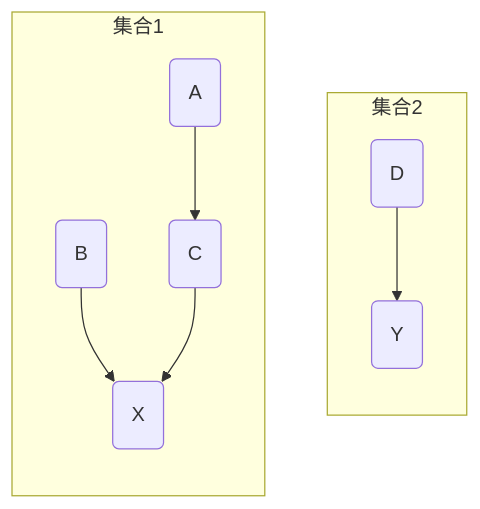
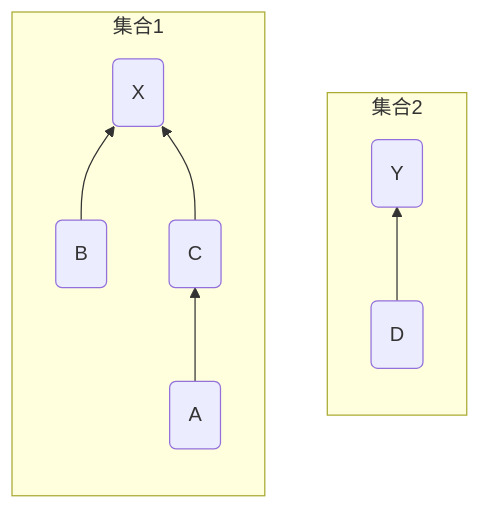
One commit to dmjcb/SelfBlog changed the second of 6 diagrams in DataStructures/Graph/并查集与最小生成树.md. Above: the diagram before and after it, drawn with Mermaid. The commit also changed other lines of this file and 42 other files, not shown here.

````diff
--- a/DataStructures/Graph/并查集与最小生成树.md
+++ b/DataStructures/Graph/并查集与最小生成树.md
@@ -34,12 +34,14 @@
 ```mermaid
 graph BT;
     subgraph 集合2
+    direction BT
         d(D)-->y(Y)
     end
 
     subgraph 集合1
+    direction BT
         a(A)-->c(C)
         b(B)-->x(X)
         c(C)-->x(X)
     end
 ```
````
